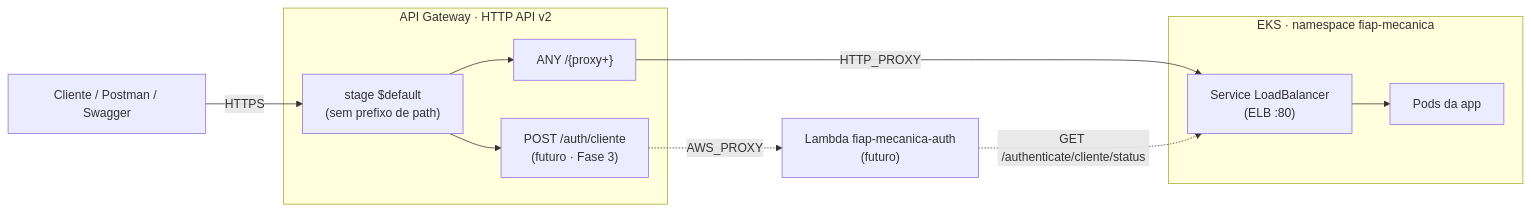
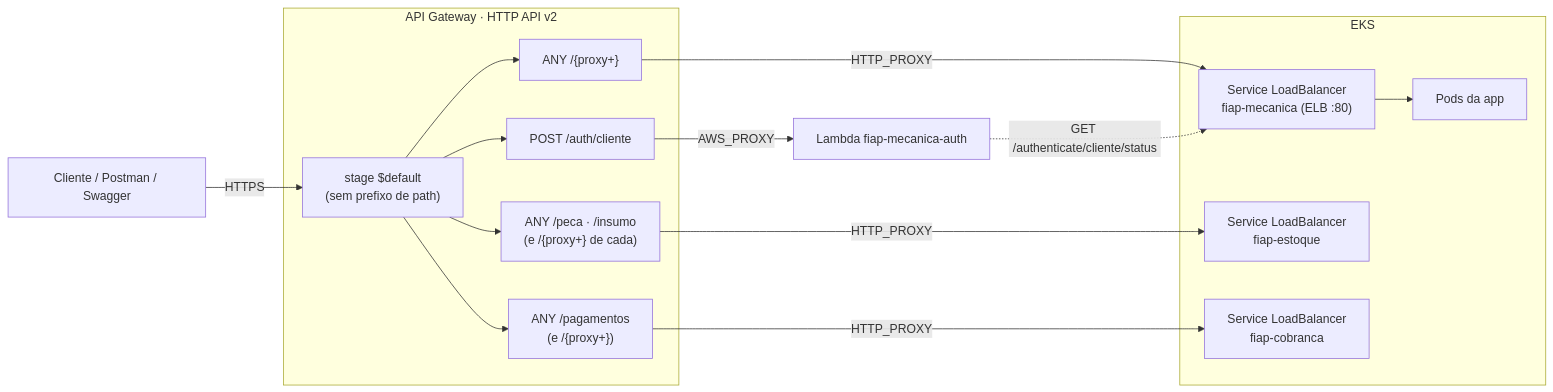
The diagram in infra/terraform/apigateway/README.md (ArthurPeruzzo/fiap-mecanica), drawn with Mermaid before and after one commit. The commit also changed other lines of this file and 9 other files, not shown here.

````diff
--- a/infra/terraform/apigateway/README.md
+++ b/infra/terraform/apigateway/README.md
@@ -10,23 +10,29 @@
 ```mermaid
 graph LR
     User["Cliente / Postman / Swagger"]
 
     subgraph APIGW["API Gateway · HTTP API v2"]
         STAGE["stage $default<br/>(sem prefixo de path)"]
         R1["ANY /{proxy+}"]
-        R2["POST /auth/cliente<br/>(futuro · Fase 3)"]
+        R2["POST /auth/cliente"]
+        R3["ANY /peca · /insumo<br/>(e /{proxy+} de cada)"]
+        R4["ANY /pagamentos<br/>(e /{proxy+})"]
     end
 
-    subgraph EKS["EKS · namespace fiap-mecanica"]
-        ELB["Service LoadBalancer<br/>(ELB :80)"]
+    subgraph EKS["EKS"]
+        ELB["Service LoadBalancer<br/>fiap-mecanica (ELB :80)"]
         PODS["Pods da app"]
+        ELBE["Service LoadBalancer<br/>fiap-estoque"]
+        ELBC["Service LoadBalancer<br/>fiap-cobranca"]
     end
 
-    LAMBDA["Lambda fiap-mecanica-auth<br/>(futuro)"]
+    LAMBDA["Lambda fiap-mecanica-auth"]
 
     User -->|HTTPS| STAGE
-    STAGE --> R1 & R2
+    STAGE --> R1 & R2 & R3 & R4
     R1 -->|HTTP_PROXY| ELB --> PODS
-    R2 -.->|AWS_PROXY| LAMBDA
+    R2 -->|AWS_PROXY| LAMBDA
+    R3 -->|HTTP_PROXY| ELBE
+    R4 -->|HTTP_PROXY| ELBC
     LAMBDA -.->|GET /authenticate/cliente/status| ELB
 ```
````
